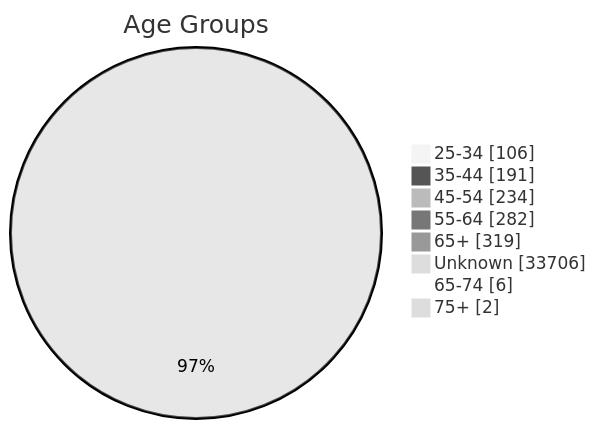
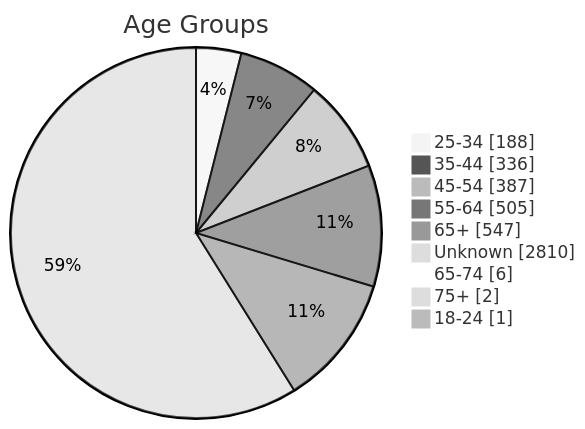
The fourth of 6 diagrams in historical-participant-data-summary-2017-2025.md (Ninjaneer321/va.gov-team), drawn with Mermaid (neutral theme) before and after one commit. The commit also changed other lines of this file and 3 other files, not shown here.

````diff
--- a/historical-participant-data-summary-2017-2025.md
+++ b/historical-participant-data-summary-2017-2025.md
@@ -93,11 +93,12 @@
 ```mermaid
 pie showData title Age Groups
-    "25-34" : 106
-    "35-44" : 191
-    "45-54" : 234
-    "55-64" : 282
-    "65+" : 319
-    "Unknown" : 33706
+    "25-34" : 188
+    "35-44" : 336
+    "45-54" : 387
+    "55-64" : 505
+    "65+" : 547
+    "Unknown" : 2810
     "65-74" : 6
     "75+" : 2
+    "18-24" : 1
 ```
````
